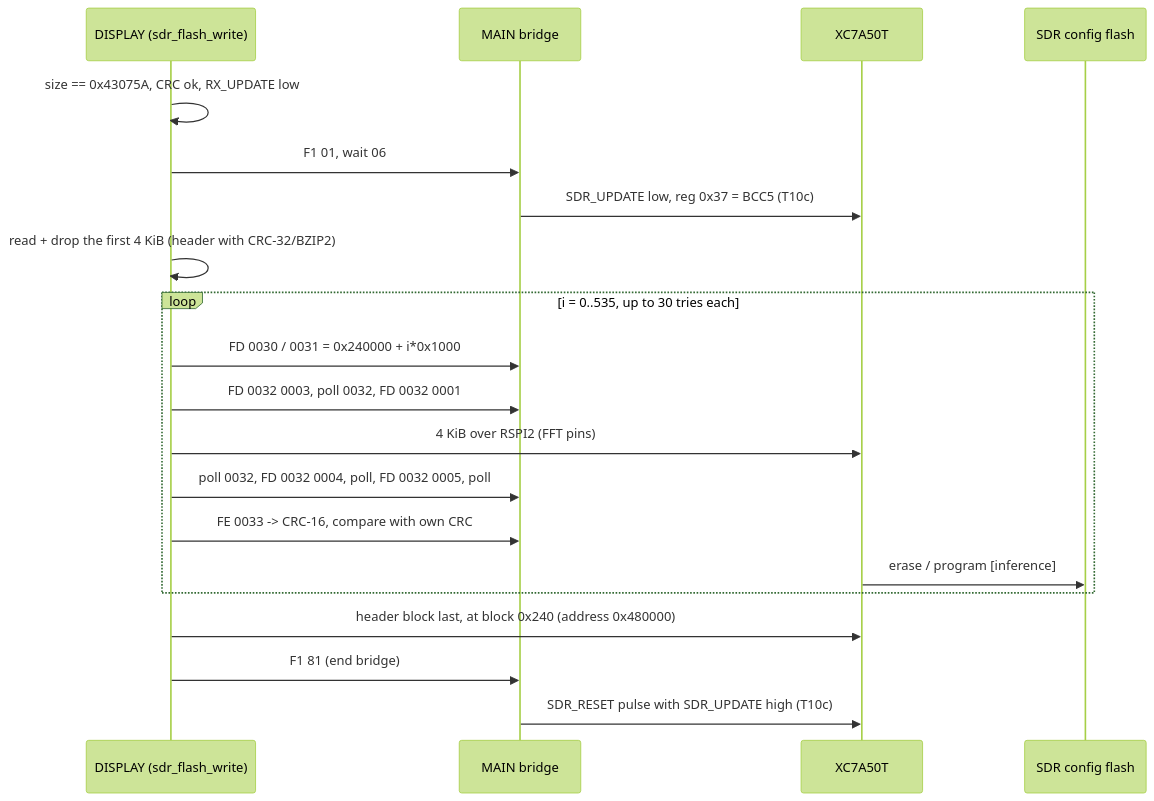
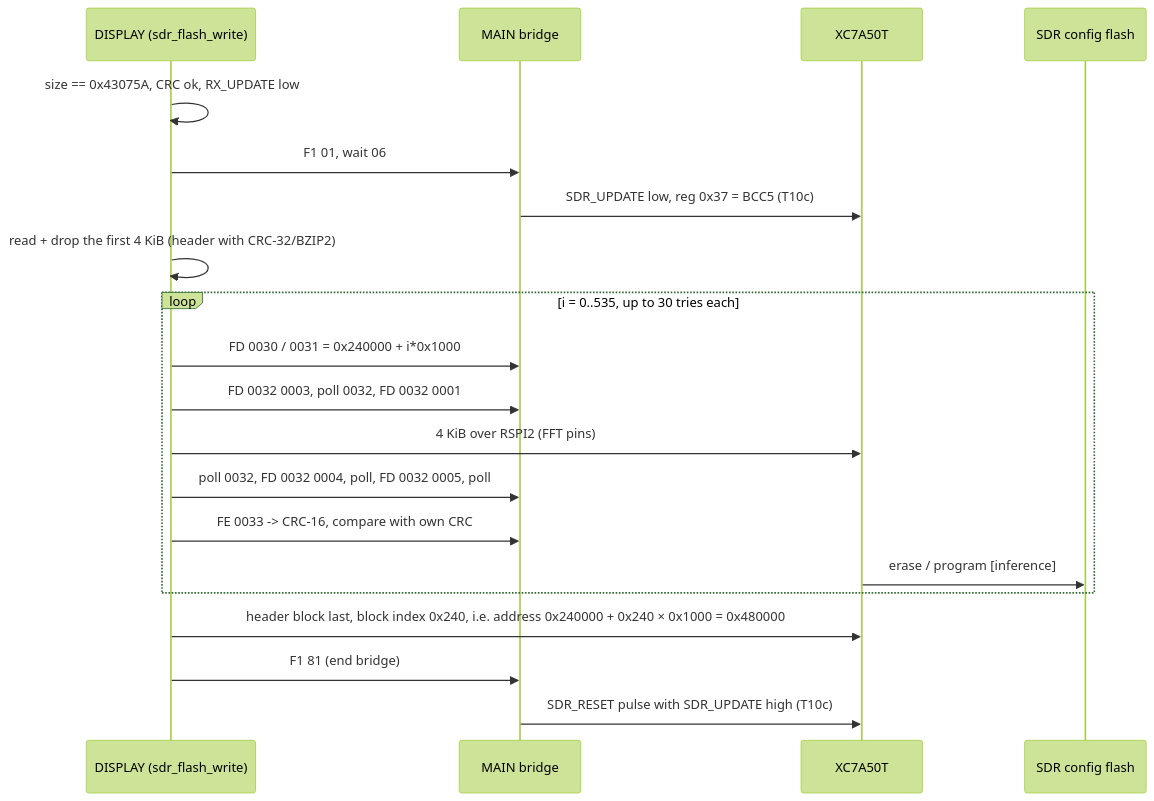
The fifth of 5 diagrams in docs/code/display/update.md (Reid-n0rc/FT-710_Firmware), drawn with Mermaid (forest theme) before and after one commit. The commit also changed other lines of this file and 2 other files, not shown here.

First line of the commit message:
T19h: DISPLAY bank-writer naming (c1); SDR header block index vs address and 537 writes (c2); update.md cosmetic slips (c4)

````diff
--- a/docs/code/display/update.md
+++ b/docs/code/display/update.md
@@ -254,22 +254,22 @@
 ```mermaid
 sequenceDiagram
   participant D as DISPLAY (sdr_flash_write)
   participant M as MAIN bridge
   participant F as XC7A50T
   participant Q as SDR config flash
   D->>D: size == 0x43075A, CRC ok, RX_UPDATE low
   D->>M: F1 01, wait 06
   M->>F: SDR_UPDATE low, reg 0x37 = BCC5 (T10c)
   D->>D: read + drop the first 4 KiB (header with CRC-32/BZIP2)
   loop i = 0..535, up to 30 tries each
     D->>M: FD 0030 / 0031 = 0x240000 + i*0x1000
     D->>M: FD 0032 0003, poll 0032, FD 0032 0001
     D->>F: 4 KiB over RSPI2 (FFT pins)
     D->>M: poll 0032, FD 0032 0004, poll, FD 0032 0005, poll
     D->>M: FE 0033 -> CRC-16, compare with own CRC
     F->>Q: erase / program [inference]
   end
-  D->>F: header block last, at block 0x240 (address 0x480000)
+  D->>F: header block last, block index 0x240, i.e. address 0x240000 + 0x240 × 0x1000 = 0x480000
   D->>M: F1 81 (end bridge)
   M->>F: SDR_RESET pulse with SDR_UPDATE high (T10c)
 ```
````
